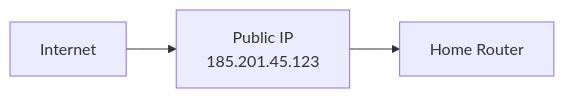
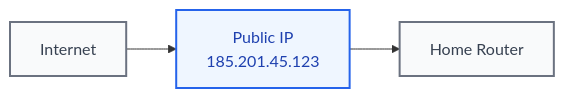
One commit to kiavash599/conduit-control-center changed the diagram in docs/diagrams/source/dgm-02-network-public-ip.mmd. Above: the diagram before and after it, drawn with Mermaid. The commit also changed other lines of this file and 36 other files, not shown here.

Commit message:
docs: add networking chapter diagrams

```diff
--- a/docs/diagrams/source/dgm-02-network-public-ip.mmd
+++ b/docs/diagrams/source/dgm-02-network-public-ip.mmd
@@ -1,3 +1,11 @@
-%% DGM-02 network-public-ip — the Internet sees one public IP assigned to your router
+%% DGM-02 network-public-ip - the Internet sees one public IP assigned to your router
 flowchart LR
   I[Internet] --> PUB[Public IP<br/>185.201.45.123] --> R[Home Router]
+
+  classDef primary fill:#EFF6FF,stroke:#2563EB,color:#1E40AF,stroke-width:2px;
+  classDef neutral fill:#F9FAFB,stroke:#6B7280,color:#374151,stroke-width:2px;
+  classDef success fill:#F0FDF4,stroke:#16A34A,color:#166534,stroke-width:2px;
+  classDef warning fill:#FFFBEB,stroke:#D97706,color:#92400E,stroke-width:2px;
+  classDef danger  fill:#FEF2F2,stroke:#DC2626,color:#991B1B,stroke-width:2px;
+  class PUB primary;
+  class I,R neutral;
```
